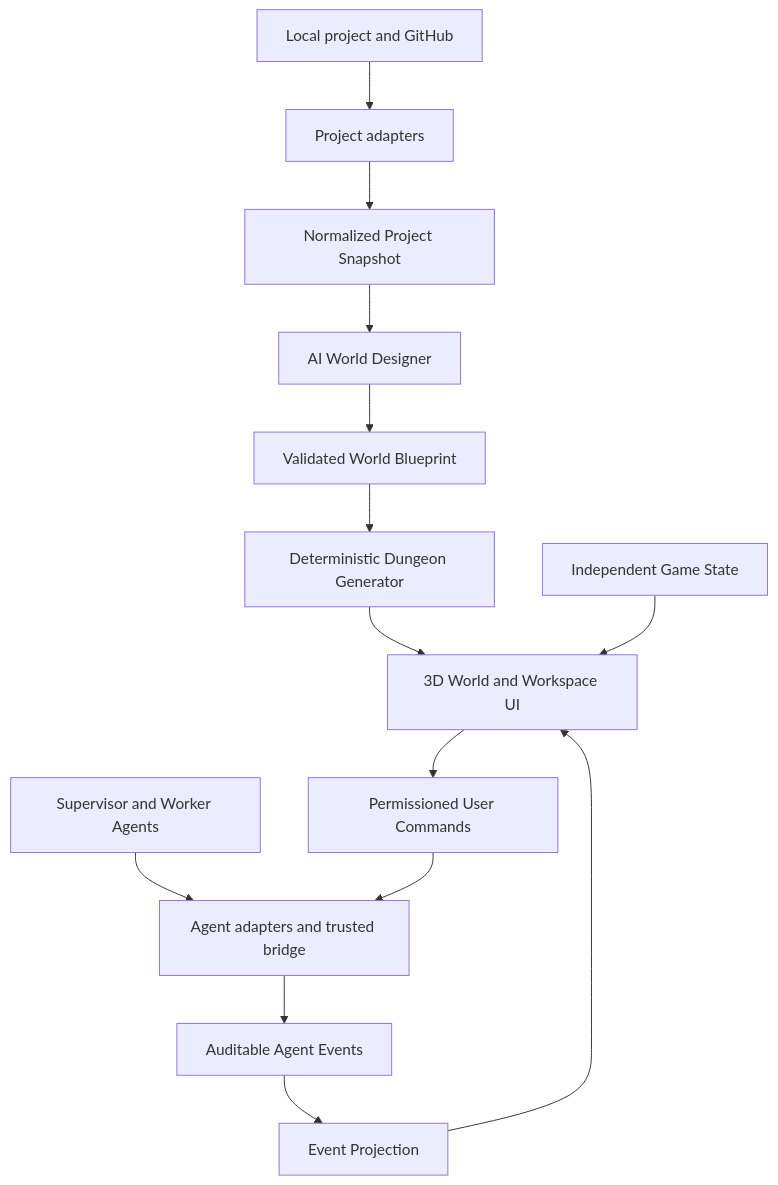
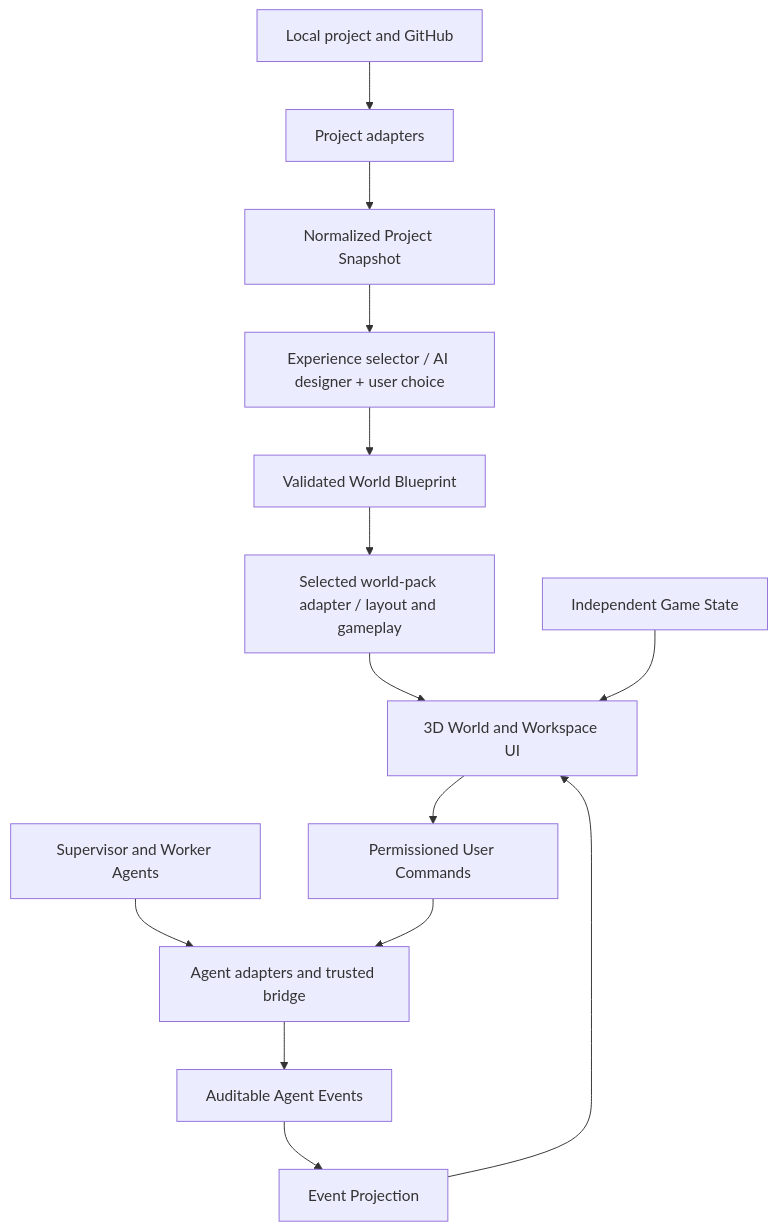
One commit to orionaster/devungeon changed the diagram in docs/ARCHITECTURE.md. Above: the diagram before and after it, drawn with Mermaid. The commit also changed other lines of this file and 22 other files, not shown here.

First line of the commit message:
product: adopt project-adaptive multi-world architecture (#13)

````diff
--- a/docs/ARCHITECTURE.md
+++ b/docs/ARCHITECTURE.md
@@ -12,16 +12,16 @@
 ```mermaid
 flowchart TD
   A[Local project and GitHub] --> B[Project adapters]
   C[Supervisor and Worker Agents] --> D[Agent adapters and trusted bridge]
   B --> E[Normalized Project Snapshot]
   D --> F[Auditable Agent Events]
-  E --> G[AI World Designer]
+  E --> G[Experience selector / AI designer + user choice]
   G --> H[Validated World Blueprint]
-  H --> I[Deterministic Dungeon Generator]
+  H --> I[Selected world-pack adapter / layout and gameplay]
   F --> J[Event Projection]
   I --> K[3D World and Workspace UI]
   J --> K
   L[Independent Game State] --> K
   K --> M[Permissioned User Commands]
   M --> D
 ```
````
